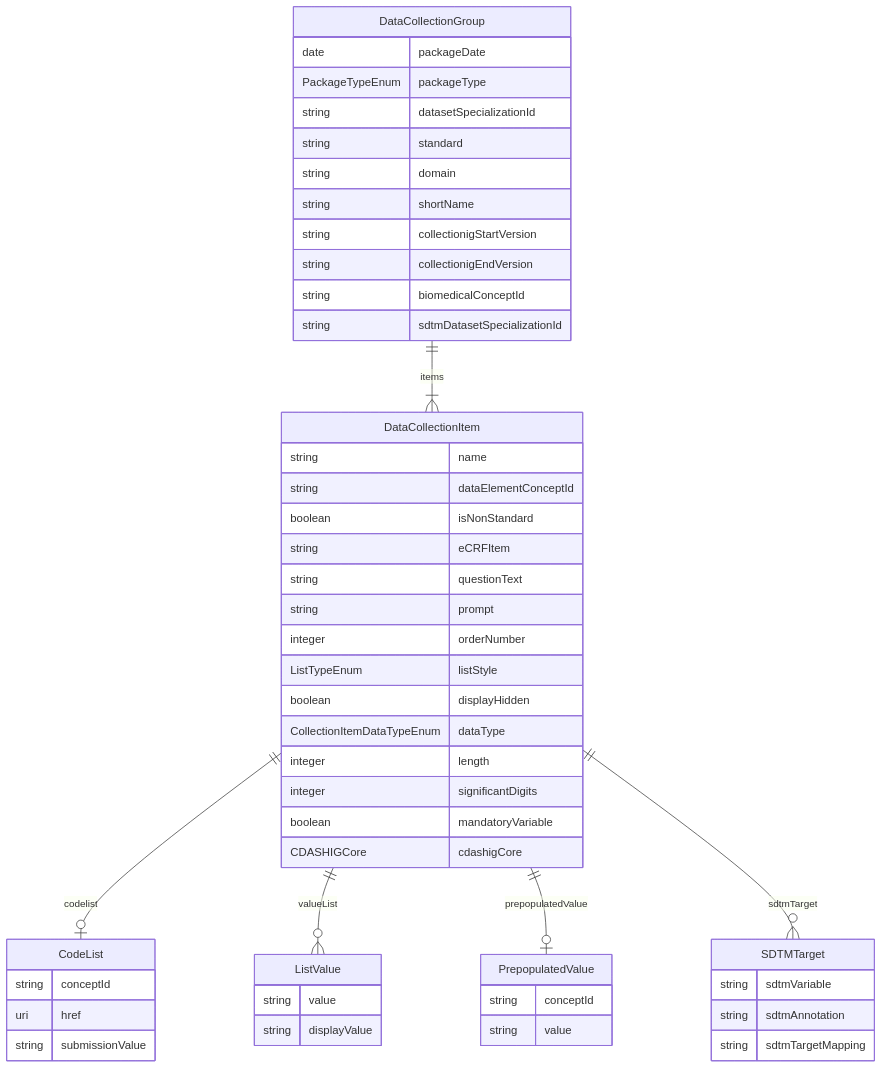
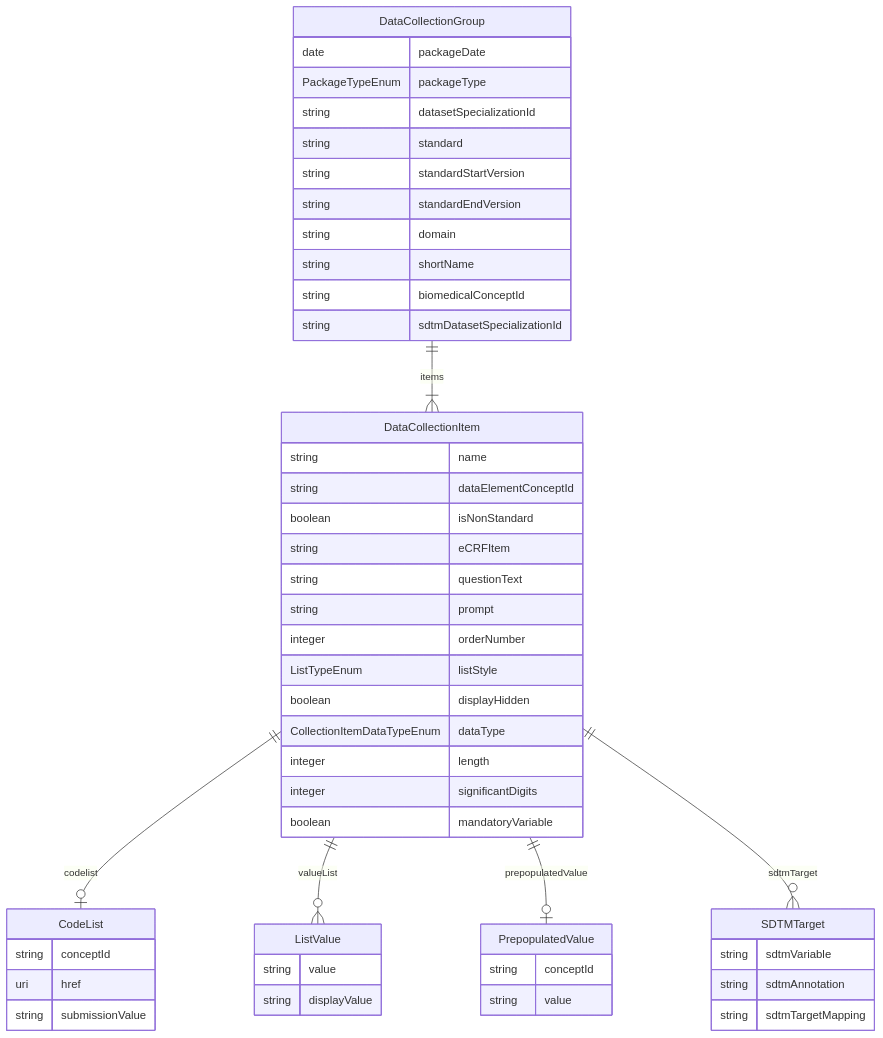
Before and after one commit to cdisc-org/COSMoS: the diagram in model/cosmos_collection_bc_model.md, drawn with Mermaid. The commit also changed 17 other files, not shown here.

````diff
--- a/model/cosmos_collection_bc_model.md
+++ b/model/cosmos_collection_bc_model.md
@@ -1,56 +1,55 @@
 ```mermaid
 erDiagram
 DataCollectionGroup {
     date packageDate  
     PackageTypeEnum packageType  
     string datasetSpecializationId  
     string standard  
+    string standardStartVersion  
+    string standardEndVersion  
     string domain  
     string shortName  
-    string collectionigStartVersion  
-    string collectionigEndVersion  
     string biomedicalConceptId  
     string sdtmDatasetSpecializationId  
 }
 DataCollectionItem {
     string name  
     string dataElementConceptId  
     boolean isNonStandard  
     string eCRFItem  
     string questionText  
     string prompt  
     integer orderNumber  
     ListTypeEnum listStyle  
     boolean displayHidden  
     CollectionItemDataTypeEnum dataType  
     integer length  
     integer significantDigits  
     boolean mandatoryVariable  
-    CDASHIGCore cdashigCore  
 }
 CodeList {
     string conceptId  
     uri href  
     string submissionValue  
 }
 ListValue {
     string value  
     string displayValue  
 }
 PrepopulatedValue {
     string conceptId  
     string value  
 }
 SDTMTarget {
     string sdtmVariable  
     string sdtmAnnotation  
     string sdtmTargetMapping  
 }
 
 DataCollectionGroup ||--}| DataCollectionItem : "items"
 DataCollectionItem ||--|o CodeList : "codelist"
 DataCollectionItem ||--}o ListValue : "valueList"
 DataCollectionItem ||--|o PrepopulatedValue : "prepopulatedValue"
 DataCollectionItem ||--}o SDTMTarget : "sdtmTarget"
 
 ```
````
